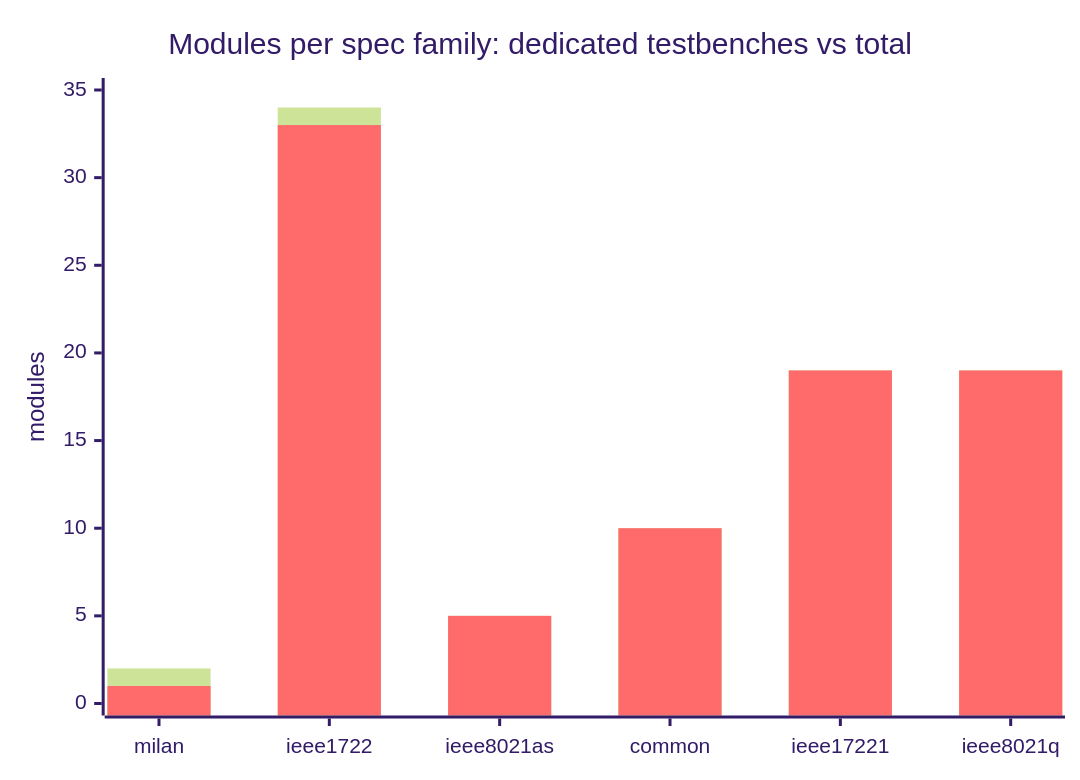
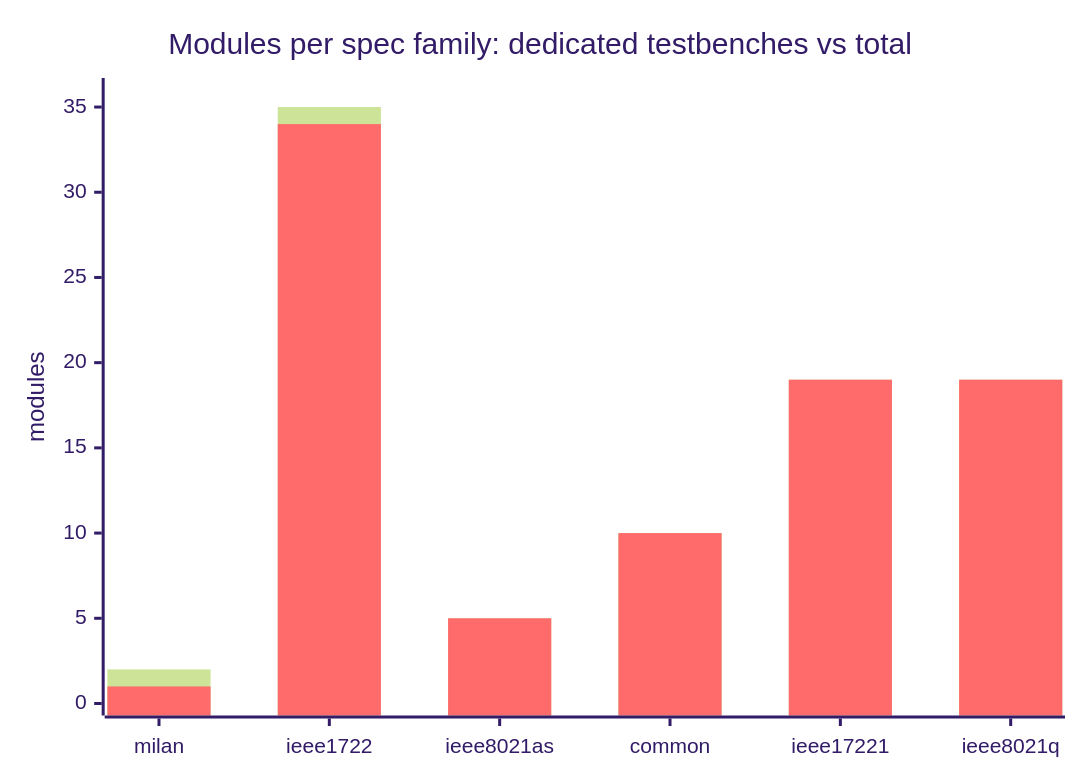
One commit to kebag-logic/milan-fpga changed the diagram in docs/traceability/MODULE_MATRIX.md. Above: the diagram before and after it, drawn with Mermaid (forest theme). The commit also changed other lines of this file and 34 other files, not shown here.

````diff
--- a/docs/traceability/MODULE_MATRIX.md
+++ b/docs/traceability/MODULE_MATRIX.md
@@ -30,8 +30,8 @@
 ```mermaid
 xychart-beta
     title "Modules per spec family: dedicated testbenches vs total"
     x-axis ["milan", "ieee1722", "ieee8021as", "common", "ieee17221", "ieee8021q"]
-    y-axis "modules" 0 --> 35
-    bar [2, 34, 5, 10, 19, 19]
-    bar [1, 33, 5, 10, 19, 19]
+    y-axis "modules" 0 --> 36
+    bar [2, 35, 5, 10, 19, 19]
+    bar [1, 34, 5, 10, 19, 19]
 ```
````
